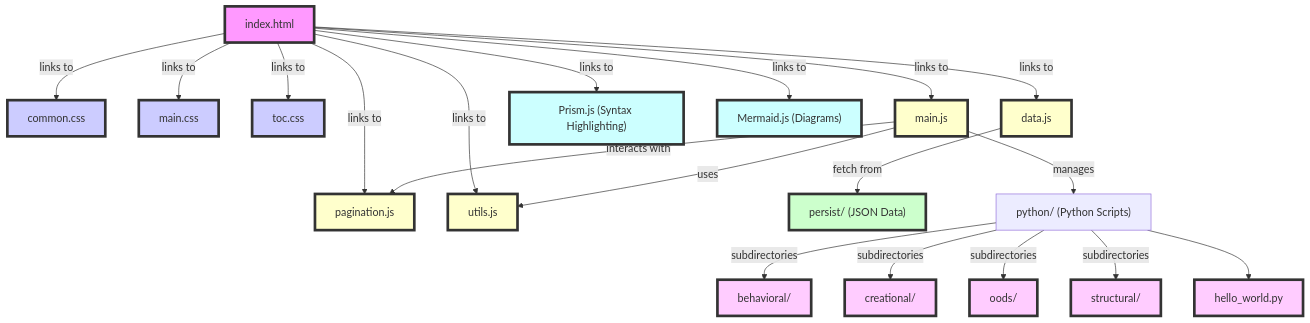
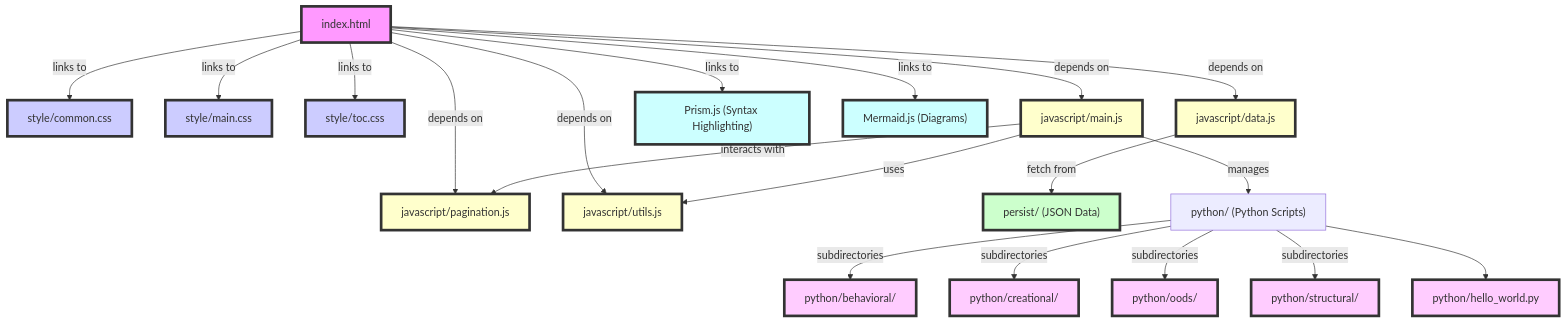
Before and after one commit to NLmeng/github-website: the diagram in README.md, drawn with Mermaid.

Commit message:
diagram 1.3

````diff
--- a/README.md
+++ b/README.md
@@ -9,39 +9,39 @@
 ```mermaid
 graph TD
-    index_html["index.html"] -->|links to| css_common["common.css"]
-    index_html -->|links to| css_main["main.css"]
-    index_html -->|links to| css_toc["toc.css"]
+    index_html["index.html"] -->|links to| style_css_common["style/common.css"]
+    index_html -->|links to| style_css_main["style/main.css"]
+    index_html -->|links to| style_css_toc["style/toc.css"]
 
-    index_html -->|links to| js_data["data.js"]
-    index_html -->|links to| js_main["main.js"]
-    index_html -->|links to| js_pagination["pagination.js"]
-    index_html -->|links to| js_utils["utils.js"]
+    index_html -->|depends on| js_data["javascript/data.js"]
+    index_html -->|depends on| js_main["javascript/main.js"]
+    index_html -->|depends on| js_pagination["javascript/pagination.js"]
+    index_html -->|depends on| js_utils["javascript/utils.js"]
 
     index_html -->|links to| ext_prism["Prism.js (Syntax Highlighting)"]
     index_html -->|links to| ext_mermaid["Mermaid.js (Diagrams)"]
 
     js_data -->|fetch from| json_data["persist/ (JSON Data)"]
     js_main -->|interacts with| js_pagination
     js_main -->|uses| js_utils
 
     js_main -->|manages| python_scripts["python/ (Python Scripts)"]
-    python_scripts -->|subdirectories| py_behavioral["behavioral/"]
-    python_scripts -->|subdirectories| py_creational["creational/"]
-    python_scripts -->|subdirectories| py_oods["oods/"]
-    python_scripts -->|subdirectories| py_structural["structural/"]
-    python_scripts --> py_hello_world["hello_world.py"]
+    python_scripts -->|subdirectories| py_behavioral["python/behavioral/"]
+    python_scripts -->|subdirectories| py_creational["python/creational/"]
+    python_scripts -->|subdirectories| py_oods["python/oods/"]
+    python_scripts -->|subdirectories| py_structural["python/structural/"]
+    python_scripts --> py_hello_world["python/hello_world.py"]
 
     classDef html fill:#f9f,stroke:#333,stroke-width:4px;
     classDef css fill:#ccf,stroke:#333,stroke-width:4px;
     classDef js fill:#ffc,stroke:#333,stroke-width:4px;
     classDef json fill:#cfc,stroke:#333,stroke-width:4px;
     classDef python fill:#fcf,stroke:#333,stroke-width:4px;
     classDef ext fill:#cff,stroke:#333,stroke-width:4px;
 
     class index_html html;
-    class css_common,css_main,css_toc css;
+    class style_css_common,style_css_main,style_css_toc css;
     class js_data,js_main,js_pagination,js_utils js;
     class json_data json;
     class py_behavioral,py_creational,py_oods,py_structural,py_hello_world python;
     class ext_prism,ext_mermaid ext;
 ```
````
